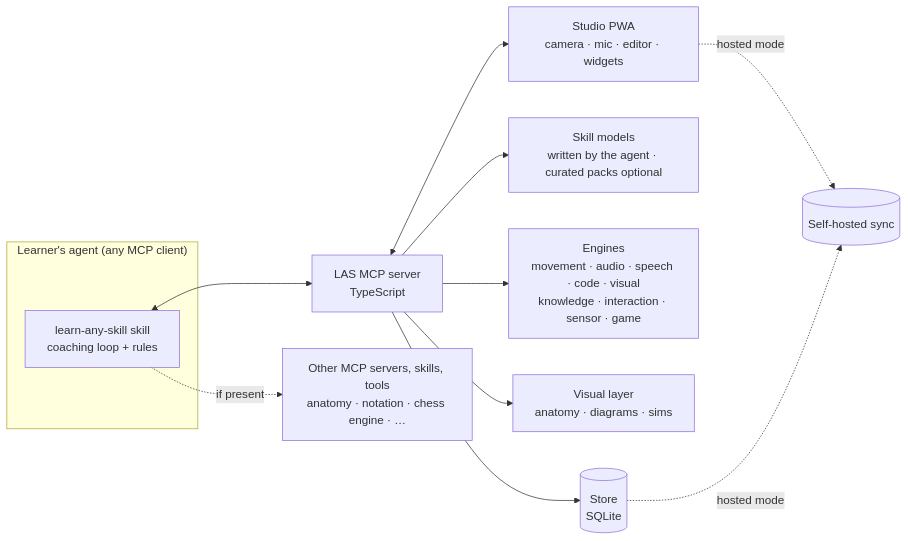
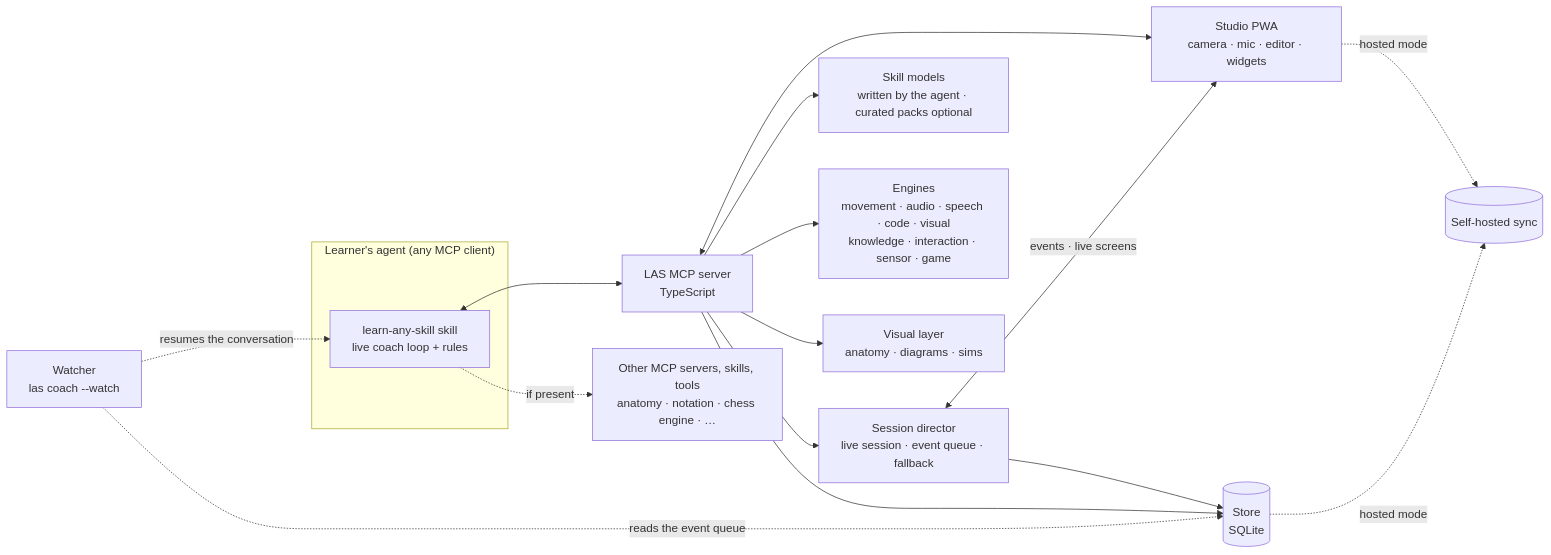
Before and after one commit to sukumar-v/las: the diagram in docs/DESIGN.md, drawn with Mermaid. The commit also changed other lines of this file and 6 other files, not shown here.

First line of the commit message:
Design the live coach

````diff
--- a/docs/DESIGN.md
+++ b/docs/DESIGN.md
@@ -51,15 +53,20 @@
 ```mermaid
 flowchart LR
   subgraph Agent["Learner's agent (any MCP client)"]
-    SK[learn-any-skill skill<br/>coaching loop + rules]
+    SK[learn-any-skill skill<br/>live coach loop + rules]
   end
   SK <--> MCP[LAS MCP server<br/>TypeScript]
+  MCP --> DIR[Session director<br/>live session · event queue · fallback]
+  DIR --> ST
   MCP --> ST[(Store<br/>SQLite)]
   MCP --> PK[Skill models<br/>written by the agent · curated packs optional]
   MCP --> EV[Engines<br/>movement · audio · speech · code · visual<br/>knowledge · interaction · sensor · game]
   SK -. if present .-> EXT[Other MCP servers, skills, tools<br/>anatomy · notation · chess engine · …]
   MCP --> VZ[Visual layer<br/>anatomy · diagrams · sims]
   MCP <--> STU[Studio PWA<br/>camera · mic · editor · widgets]
+  DIR <-->|events · live screens| STU
+  W[Watcher<br/>las coach --watch] -. reads the event queue .-> ST
+  W -. resumes the conversation .-> SK
   STU -. hosted mode .-> SYNC[(Self-hosted sync)]
   ST -. hosted mode .-> SYNC
 ```
````
